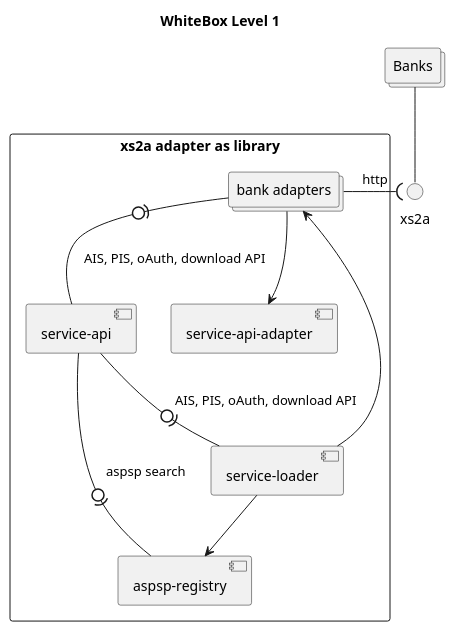
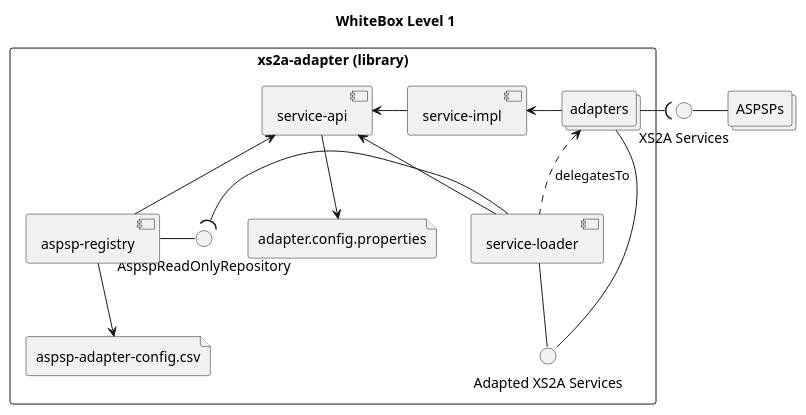
The diagram in docs/arc42/puml/whitebox_lv1_library.puml (adorsys/xs2a-adapter), drawn with PlantUML before and after one commit. The commit also changed 2 other files, not shown here.

Commit message:
Document csv and properties file dependencies in the Building Block View
Also updated the rest of the library component diagram according to the
conventional meaning of the ball and socket notation.
> symbols with a complete circle at their end represent an interface
> that the component provides — this “lollipop” symbol is shorthand for
> a realization relationship of an interface classifier. Interface
> symbols with only a half circle at their end (a.k.a. sockets)
> represent an interface that the component requires (in both cases, the
> interface’s name is placed near the interface symbol itself).
> - https://developer.ibm.com/articles/the-component-diagram/

And renamed component labels:
 * "service-api-adapter" to "service-impl";
 * "bank adapters" to "adapters": matching the maven module name;
 * "Banks" to "ASPSPs": consistent terminology with aspsp-registry.

```diff
--- a/docs/arc42/puml/whitebox_lv1_library.puml
+++ b/docs/arc42/puml/whitebox_lv1_library.puml
@@ -1,28 +1,35 @@
 @startuml
 
 title WhiteBox Level 1
 
-collections banks as "Banks"
+interface bxs2a as "XS2A Services"
+collections banks as "ASPSPs"
 
-interface "xs2a" as bhttp
+rectangle "xs2a-adapter (library)" {
+    interface axs2a as "Adapted XS2A Services"
+    component api as "service-api"
+    interface aspsp_repo as "AspspReadOnlyRepository"
+    component registry as "aspsp-registry"
+    component impl as "service-impl"
+    component serviceloader as "service-loader"
+    collections adapters as "adapters"
+    file csv as "aspsp-adapter-config.csv"
+    file conf as "adapter.config.properties"
 
-rectangle xa as "xs2a adapter as library" {
-	component ar as "aspsp-registry"
-	component sa as "service-api"
-	component saa as "service-api-adapter"
-	component sl as "service-loader"
+    api <- impl
+    impl <- adapters
+    adapters -( bxs2a
+    bxs2a - banks
 
-	collections ba as "bank adapters"
+    registry -right- aspsp_repo
+    api <-- registry
+    api <-- serviceloader
+    adapters -- axs2a
+    adapters <.. serviceloader: delegatesTo
+    serviceloader -- axs2a
+    serviceloader -left( aspsp_repo
+
+    registry --> csv
+    api --> conf
 }
-
-	sl --> ar
-	sl --> ba
-	sa -0)- sl: AIS, PIS, oAuth, download API
-	ba --> saa
-	ba -(0- sa: AIS, PIS, oAuth, download API
-	ar -(0-sa: aspsp search
-
-	ba -( bhttp: http
-	banks --() bhttp
-
 @enduml
```
